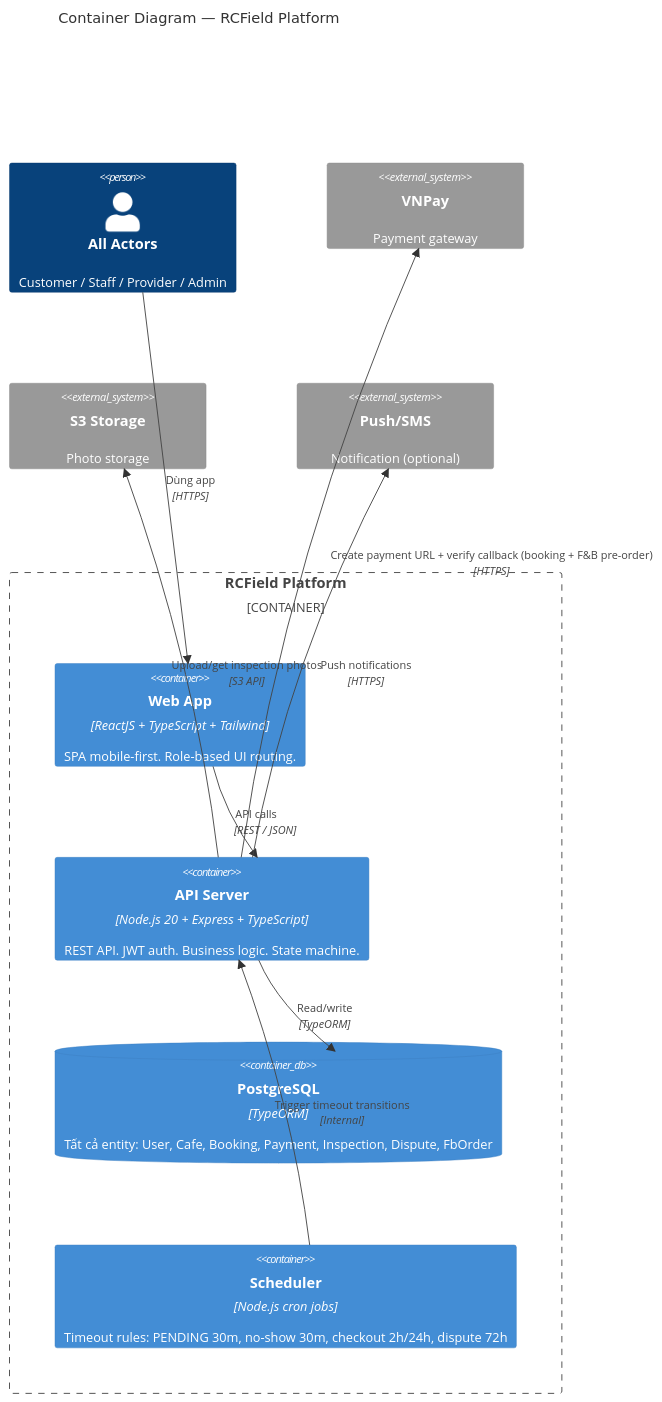
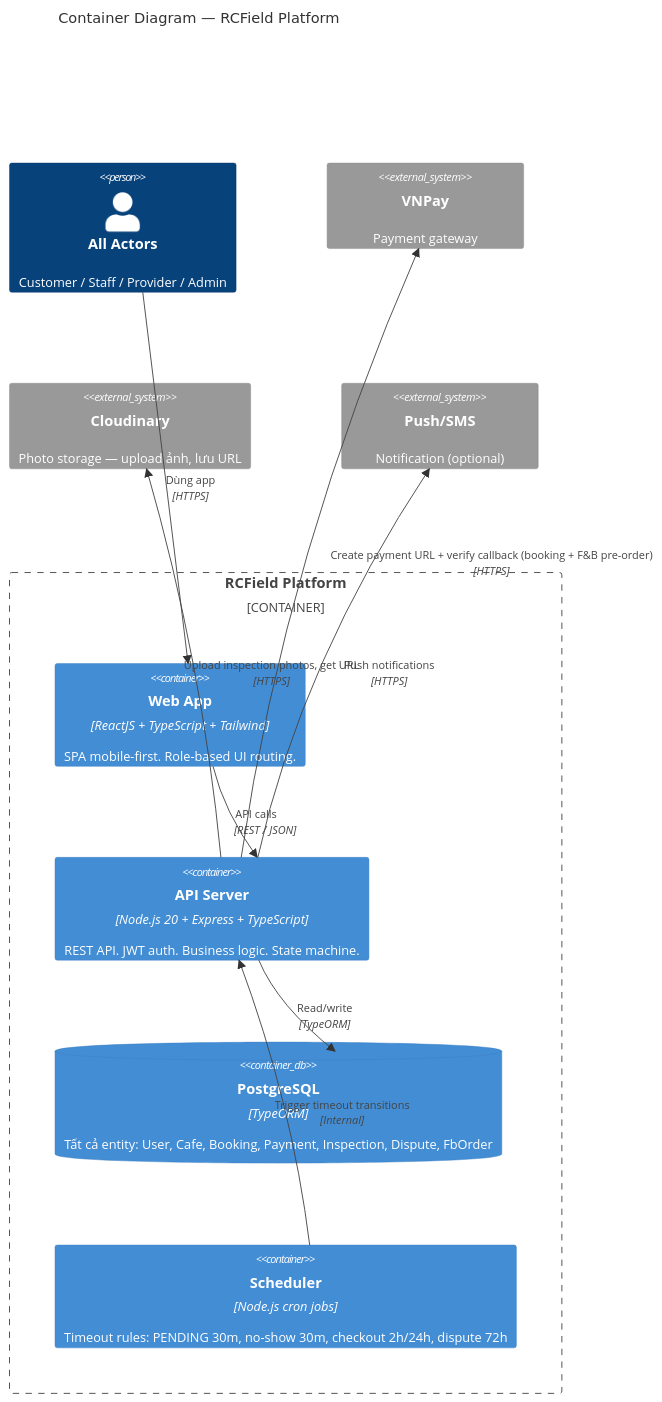
Before and after one commit to RCField-SEP490/rcfield-spec: the second of 4 diagrams in docs/architecture/00-system-overview.md, drawn with Mermaid. The commit also changed other lines of this file and 12 other files, not shown here.

````diff
--- a/docs/architecture/00-system-overview.md
+++ b/docs/architecture/00-system-overview.md
@@ -56,25 +56,25 @@
 ```mermaid
 C4Container
     title Container Diagram — RCField Platform
 
     Person(user, "All Actors", "Customer / Staff / Provider / Admin")
 
     Container_Boundary(rcfield, "RCField Platform") {
         Container(web, "Web App", "ReactJS + TypeScript + Tailwind", "SPA mobile-first. Role-based UI routing.")
         Container(api, "API Server", "Node.js 20 + Express + TypeScript", "REST API. JWT auth. Business logic. State machine.")
         ContainerDb(db, "PostgreSQL", "TypeORM", "Tất cả entity: User, Cafe, Booking, Payment, Inspection, Dispute, FbOrder")
         Container(scheduler, "Scheduler", "Node.js cron jobs", "Timeout rules: PENDING 30m, no-show 30m, checkout 2h/24h, dispute 72h")
     }
 
     System_Ext(vnpay, "VNPay", "Payment gateway")
-    System_Ext(s3, "S3 Storage", "Photo storage")
+    System_Ext(s3, "Cloudinary", "Photo storage — upload ảnh, lưu URL")
     System_Ext(notify, "Push/SMS", "Notification (optional)")
 
     Rel(user, web, "Dùng app", "HTTPS")
     Rel(web, api, "API calls", "REST / JSON")
     Rel(api, db, "Read/write", "TypeORM")
     Rel(api, vnpay, "Create payment URL + verify callback (booking + F&B pre-order)", "HTTPS")
-    Rel(api, s3, "Upload/get inspection photos", "S3 API")
+    Rel(api, s3, "Upload inspection photos, get URL", "HTTPS")
     Rel(api, notify, "Push notifications", "HTTPS")
     Rel(scheduler, api, "Trigger timeout transitions", "Internal")
 ```
````
